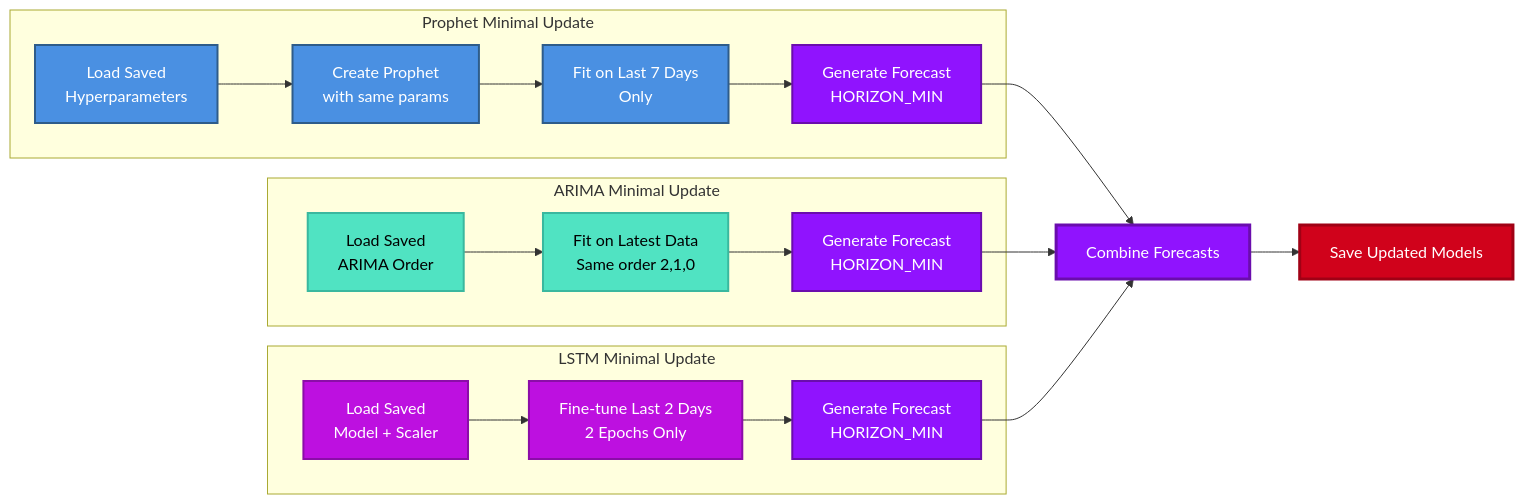
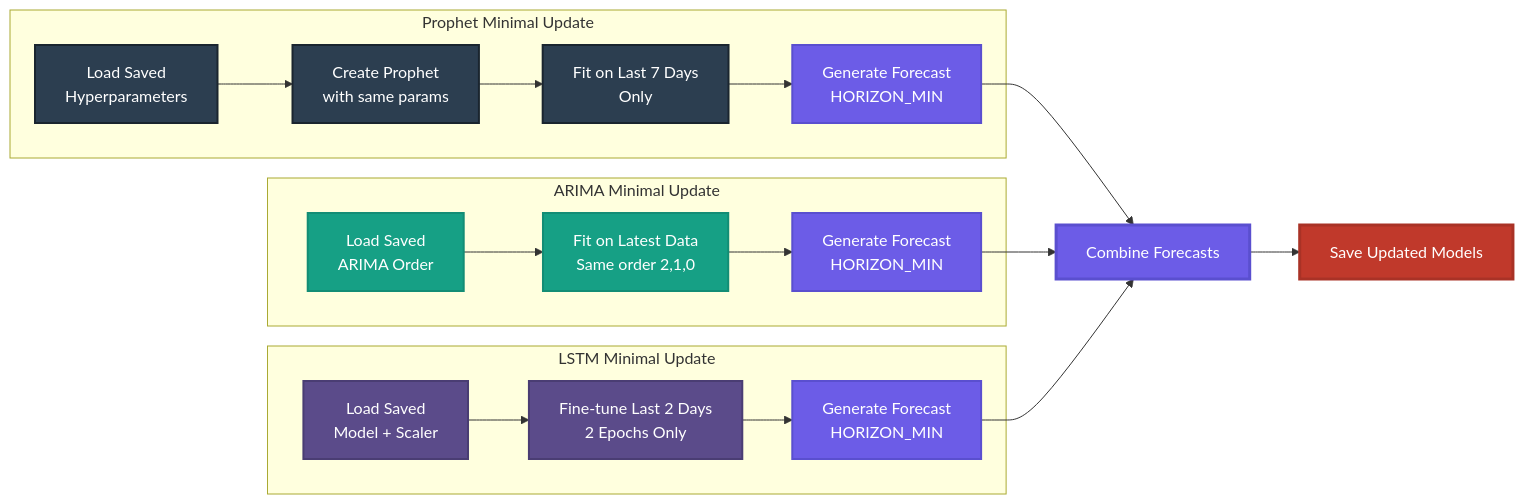
One commit to k8sautom8/metrics-ml changed the seventh of 11 diagrams in Docs/VISUAL_ARCHITECTURE_GUIDE.md. Above: the diagram before and after it, drawn with Mermaid. The commit also changed other lines of this file, not shown here.

````diff
--- a/Docs/VISUAL_ARCHITECTURE_GUIDE.md
+++ b/Docs/VISUAL_ARCHITECTURE_GUIDE.md
@@ -501,42 +502,42 @@
 ```mermaid
 flowchart LR
     subgraph "Prophet Minimal Update"
         P1[Load Saved<br/>Hyperparameters] --> P2[Create Prophet<br/>with same params]
         P2 --> P3[Fit on Last 7 Days<br/>Only]
         P3 --> P4[Generate Forecast<br/>HORIZON_MIN]
     end
     
     subgraph "ARIMA Minimal Update"
         A1[Load Saved<br/>ARIMA Order] --> A2[Fit on Latest Data<br/>Same order 2,1,0]
         A2 --> A3[Generate Forecast<br/>HORIZON_MIN]
     end
     
     subgraph "LSTM Minimal Update"
         L1[Load Saved<br/>Model + Scaler] --> L2[Fine-tune Last 2 Days<br/>2 Epochs Only]
         L2 --> L3[Generate Forecast<br/>HORIZON_MIN]
     end
     
     P4 --> Ensemble[Combine Forecasts]
     A3 --> Ensemble
     L3 --> Ensemble
     
     Ensemble --> Save[Save Updated Models]
     
-    classDef load fill:#50E3C2,stroke:#3AB89F,stroke-width:2px,color:#000
-    classDef process fill:#F5A623,stroke:#D68910,stroke-width:2px,color:#000
-    classDef prophet fill:#4A90E2,stroke:#2E5C8A,stroke-width:2px,color:#fff
-    classDef arima fill:#50E3C2,stroke:#3AB89F,stroke-width:2px,color:#000
-    classDef lstm fill:#BD10E0,stroke:#8B0DA8,stroke-width:2px,color:#fff
-    classDef forecast fill:#9013FE,stroke:#6A0DAD,stroke-width:2px,color:#fff
-    classDef ensemble fill:#9013FE,stroke:#6A0DAD,stroke-width:3px,color:#fff
-    classDef save fill:#D0021B,stroke:#A00115,stroke-width:3px,color:#fff
+    classDef load fill:#16A085,stroke:#138D75,stroke-width:2px,color:#fff
+    classDef process fill:#E67E22,stroke:#D35400,stroke-width:2px,color:#fff
+    classDef prophet fill:#2C3E50,stroke:#1A252F,stroke-width:2px,color:#fff
+    classDef arima fill:#16A085,stroke:#138D75,stroke-width:2px,color:#fff
+    classDef lstm fill:#5B4B8A,stroke:#4A3D73,stroke-width:2px,color:#fff
+    classDef forecast fill:#6C5CE7,stroke:#5A4FCF,stroke-width:2px,color:#fff
+    classDef ensemble fill:#6C5CE7,stroke:#5A4FCF,stroke-width:3px,color:#fff
+    classDef save fill:#C0392B,stroke:#A93226,stroke-width:3px,color:#fff
     
     class P1,A1,L1 load
     class P2,P3,A2,L2 process
     class P1,P2,P3,P4 prophet
     class A1,A2,A3 arima
     class L1,L2,L3 lstm
     class P4,A3,L3 forecast
     class Ensemble ensemble
     class Save save
 ```
````
